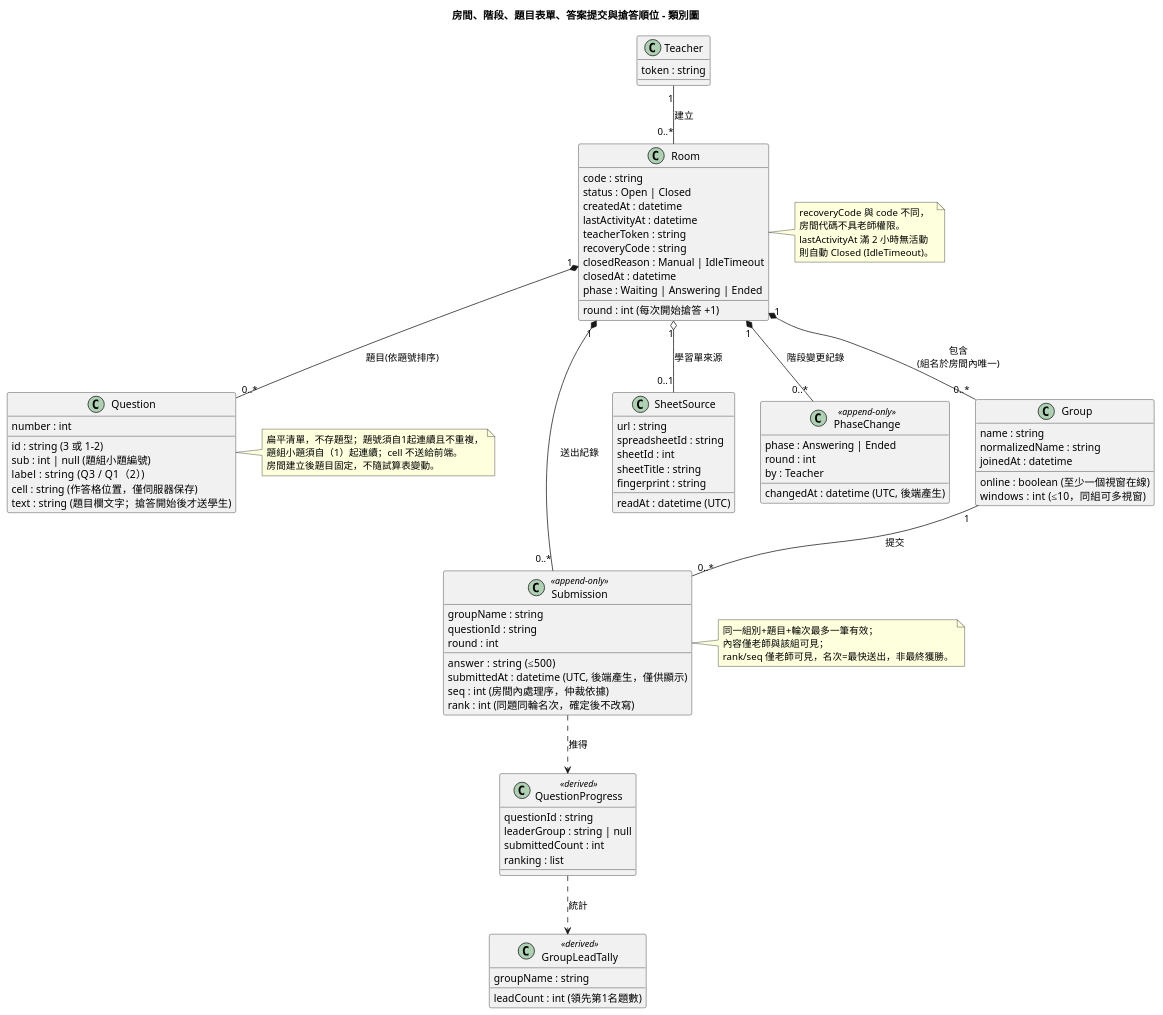
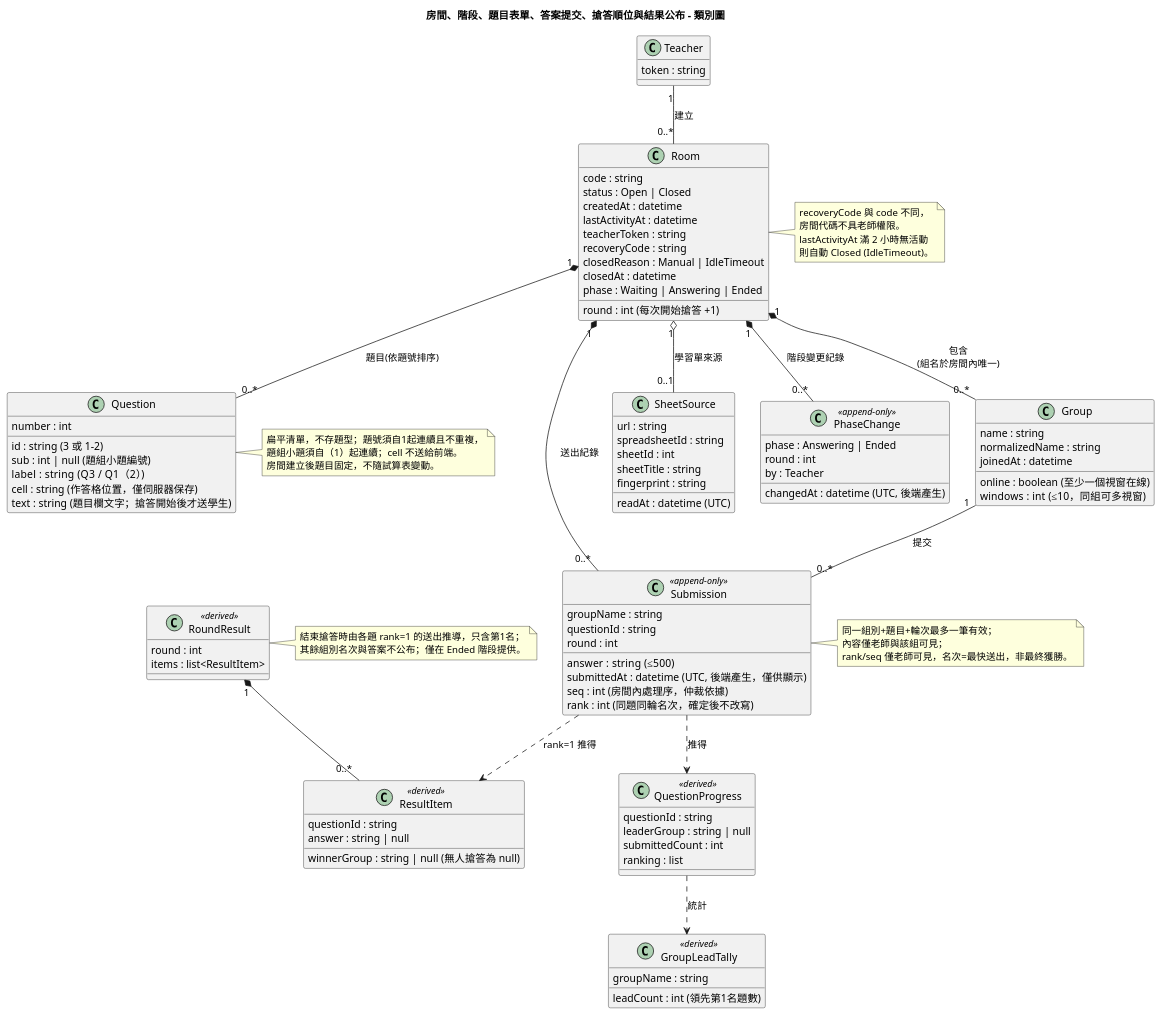
Before and after one commit to lin900822/ncu-se-final: the diagram in diagrams/class.puml, drawn with PlantUML. The commit also changed 29 other files, not shown here.

```diff
--- a/diagrams/class.puml
+++ b/diagrams/class.puml
@@ -1,91 +1,106 @@
 @startuml class
-title 房間、階段、題目表單、答案提交與搶答順位 - 類別圖
+title 房間、階段、題目表單、答案提交、搶答順位與結果公布 - 類別圖
 class Room {
   code : string
   status : Open | Closed
   createdAt : datetime
   lastActivityAt : datetime
   teacherToken : string
   recoveryCode : string
   closedReason : Manual | IdleTimeout
   closedAt : datetime
   phase : Waiting | Answering | Ended
   round : int (每次開始搶答 +1)
 }
 class Question {
   id : string (3 或 1-2)
   number : int
   sub : int | null (題組小題編號)
   label : string (Q3 / Q1（2）)
   cell : string (作答格位置，僅伺服器保存)
   text : string (題目欄文字；搶答開始後才送學生)
 }
 class SheetSource {
   url : string
   spreadsheetId : string
   sheetId : int
   sheetTitle : string
   readAt : datetime (UTC)
   fingerprint : string
 }
 note right of Question
   扁平清單，不存題型；題號須自1起連續且不重複，
   題組小題須自（1）起連續；cell 不送給前端。
   房間建立後題目固定，不隨試算表變動。
 end note
 class Submission <<append-only>> {
   groupName : string
   questionId : string
   round : int
   answer : string (≤500)
   submittedAt : datetime (UTC, 後端產生，僅供顯示)
   seq : int (房間內處理序，仲裁依據)
   rank : int (同題同輪名次，確定後不改寫)
 }
 note right of Submission
   同一組別+題目+輪次最多一筆有效；
   內容僅老師與該組可見；
   rank/seq 僅老師可見，名次=最快送出，非最終獲勝。
 end note
 class QuestionProgress <<derived>> {
   questionId : string
   leaderGroup : string | null
   submittedCount : int
   ranking : list
 }
 class GroupLeadTally <<derived>> {
   groupName : string
   leadCount : int (領先第1名題數)
 }
+class RoundResult <<derived>> {
+  round : int
+  items : list<ResultItem>
+}
+class ResultItem <<derived>> {
+  questionId : string
+  winnerGroup : string | null (無人搶答為 null)
+  answer : string | null
+}
+note right of RoundResult
+  結束搶答時由各題 rank=1 的送出推導，只含第1名；
+  其餘組別名次與答案不公布；僅在 Ended 階段提供。
+end note
 class PhaseChange <<append-only>> {
   phase : Answering | Ended
   round : int
   by : Teacher
   changedAt : datetime (UTC, 後端產生)
 }
 class Group {
   name : string
   normalizedName : string
   online : boolean (至少一個視窗在線)
   windows : int (≤10，同組可多視窗)
   joinedAt : datetime
 }
 class Teacher {
   token : string
 }
 note right of Room
   recoveryCode 與 code 不同，
   房間代碼不具老師權限。
   lastActivityAt 滿 2 小時無活動
   則自動 Closed (IdleTimeout)。
 end note
 Teacher "1" -- "0..*" Room : 建立
 Room "1" *-- "0..*" PhaseChange : 階段變更紀錄
 Room "1" *-- "0..*" Submission : 送出紀錄
 Group "1" -- "0..*" Submission : 提交
 Submission ..> QuestionProgress : 推得
+Submission ..> ResultItem : rank=1 推得
+RoundResult "1" *-- "0..*" ResultItem
 QuestionProgress ..> GroupLeadTally : 統計
 Room "1" *-- "0..*" Question : 題目(依題號排序)
 Room "1" o-- "0..1" SheetSource : 學習單來源
 Room "1" *-- "0..*" Group : 包含\n(組名於房間內唯一)
 @enduml
```
